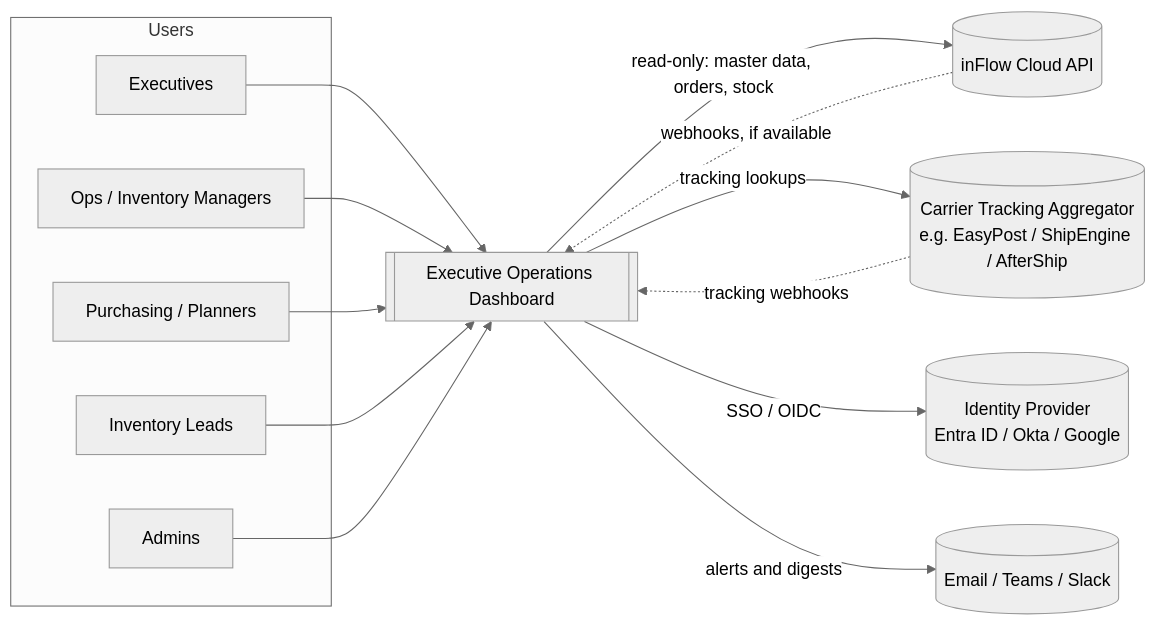
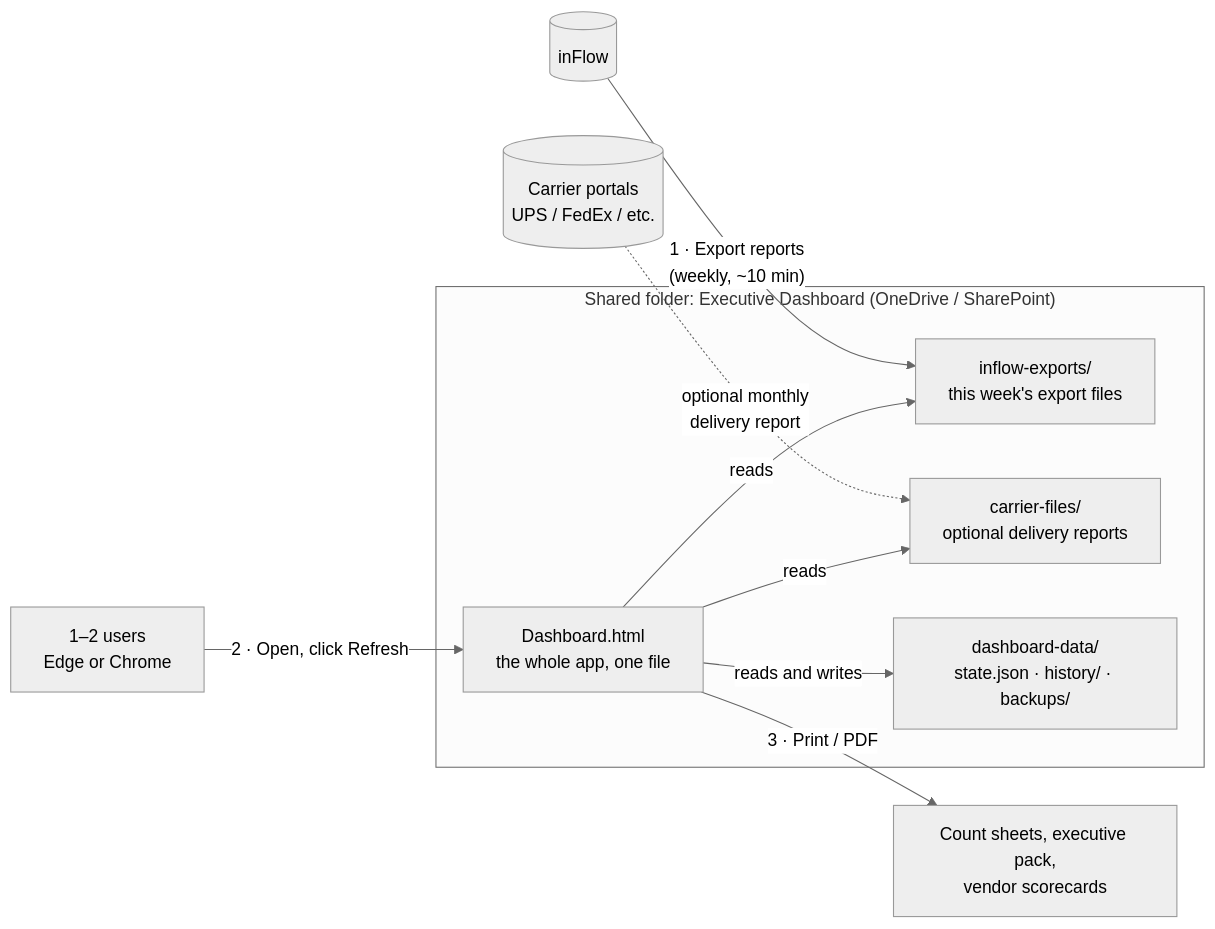
The first of 8 diagrams in docs/SYSTEM_DESIGN.md (mdonaldson-prog/Dashboard), drawn with Mermaid (neutral theme) before and after one commit. The commit also changed other lines of this file and 1 other file, not shown here.

First line of the commit message:
Redesign as a zero-maintenance single-file app fed by inFlow exports (v2)

````diff
--- a/docs/SYSTEM_DESIGN.md
+++ b/docs/SYSTEM_DESIGN.md
@@ -91,25 +86,18 @@
 ```mermaid
 flowchart LR
-    subgraph Users
-        EX[Executives]
-        OPS[Ops / Inventory Managers]
-        PUR[Purchasing / Planners]
-        INV[Inventory Leads]
-        ADM[Admins]
+    INF[(inFlow)] -- "1 · Export reports<br/>(weekly, ~10 min)" --> EXP
+
+    subgraph FOLDER["Shared folder: Executive Dashboard (OneDrive / SharePoint)"]
+        HTML[Dashboard.html<br/>the whole app, one file]
+        EXP[inflow-exports/<br/>this week's export files]
+        CAR[carrier-files/<br/>optional delivery reports]
+        DATA[dashboard-data/<br/>state.json · history/ · backups/]
     end
 
-    DASH[[Executive Operations Dashboard]]
+    CARR[(Carrier portals<br/>UPS / FedEx / etc.)] -. "optional monthly<br/>delivery report" .-> CAR
 
-    INF[(inFlow Cloud API)]
-    TRK[(Carrier Tracking Aggregator<br/>e.g. EasyPost / ShipEngine / AfterShip)]
-    IDP[(Identity Provider<br/>Entra ID / Okta / Google)]
-    MAIL[(Email / Teams / Slack)]
-
-    EX & OPS & PUR & INV & ADM --> DASH
-    DASH -- read-only: master data, orders, stock --> INF
-    INF -. webhooks, if available .-> DASH
-    DASH -- tracking lookups --> TRK
-    TRK -. tracking webhooks .-> DASH
-    DASH -- SSO / OIDC --> IDP
-    DASH -- alerts and digests --> MAIL
+    USER[1–2 users<br/>Edge or Chrome] -- "2 · Open, click Refresh" --> HTML
+    HTML -- reads --> EXP & CAR
+    HTML -- reads and writes --> DATA
+    HTML -- "3 · Print / PDF" --> OUT[Count sheets, executive pack,<br/>vendor scorecards]
 ```
````
